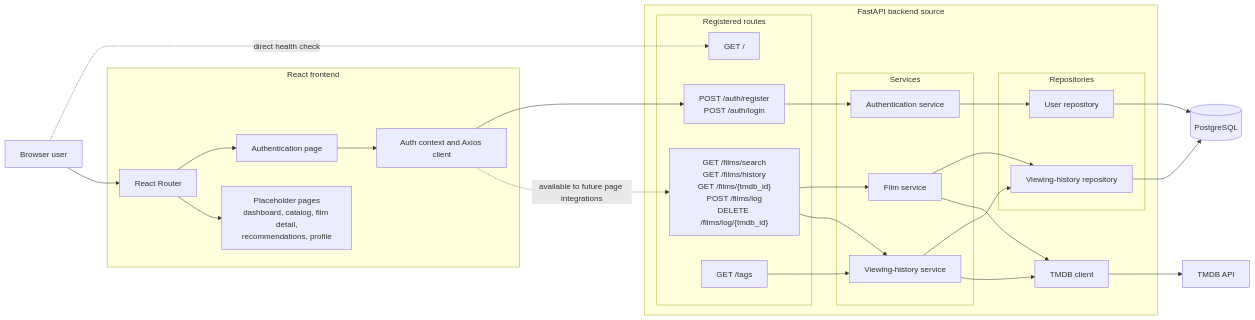
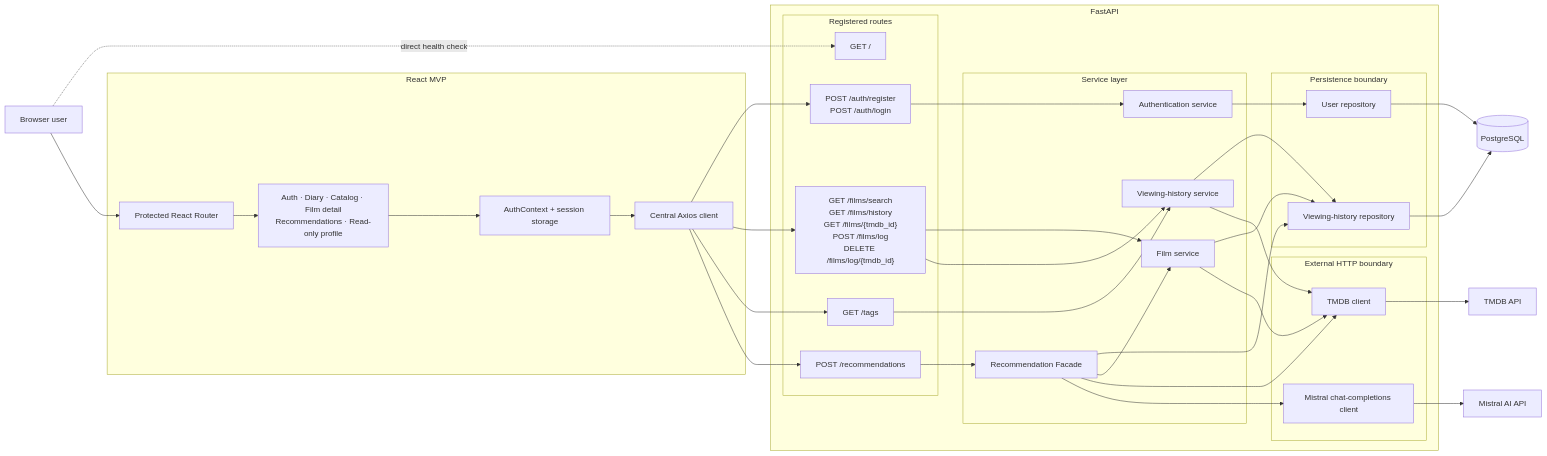
Before and after one commit to zahin-dev/Film-like: the diagram in docs/diagrams/Architecture.md, drawn with Mermaid. The commit also changed other lines of this file and 42 other files, not shown here.

First line of the commit message:
feat: complete ES-backed Film-like recommendation MVP

````diff
--- a/docs/diagrams/Architecture.md
+++ b/docs/diagrams/Architecture.md
@@ -11,56 +7,73 @@
 ```mermaid
 flowchart LR
     User["Browser user"]
 
-    subgraph Frontend["React frontend"]
-        AuthPage["Authentication page"]
-        Router["React Router"]
-        Placeholders["Placeholder pages<br/>dashboard, catalog, film detail,<br/>recommendations, profile"]
-        AuthContext["Auth context and Axios client"]
+    subgraph Frontend["React MVP"]
+        Router["Protected React Router"]
+        Pages["Auth · Diary · Catalog · Film detail<br/>Recommendations · Read-only profile"]
+        AuthContext["AuthContext + session storage"]
+        Axios["Central Axios client"]
     end
 
-    subgraph Backend["FastAPI backend source"]
+    subgraph Backend["FastAPI"]
         subgraph Routes["Registered routes"]
             RootRoute["GET /"]
             AuthRoutes["POST /auth/register<br/>POST /auth/login"]
             FilmRoutes["GET /films/search<br/>GET /films/history<br/>GET /films/{tmdb_id}<br/>POST /films/log<br/>DELETE /films/log/{tmdb_id}"]
             TagRoutes["GET /tags"]
+            RecommendationRoute["POST /recommendations"]
         end
 
-        subgraph Services["Services"]
+        subgraph Services["Service layer"]
             AuthService["Authentication service"]
             FilmService["Film service"]
             HistoryService["Viewing-history service"]
+            RecommendationFacade["Recommendation Facade"]
         end
 
-        subgraph Repositories["Repositories"]
+        subgraph Persistence["Persistence boundary"]
             UserRepository["User repository"]
             HistoryRepository["Viewing-history repository"]
         end
 
-        TMDBClient["TMDB client"]
+        subgraph ExternalClients["External HTTP boundary"]
+            TMDBClient["TMDB client"]
+            MistralClient["Mistral chat-completions client"]
+        end
     end
 
     PostgreSQL[("PostgreSQL")]
     TMDB["TMDB API"]
+    Mistral["Mistral AI API"]
 
     User -. "direct health check" .-> RootRoute
     User --> Router
-    Router --> AuthPage
-    Router --> Placeholders
-    AuthPage --> AuthContext
-    AuthContext --> AuthRoutes
-    AuthContext -. "available to future page integrations" .-> FilmRoutes
+    Router --> Pages
+    Pages --> AuthContext
+    AuthContext --> Axios
+    Axios --> AuthRoutes
+    Axios --> FilmRoutes
+    Axios --> TagRoutes
+    Axios --> RecommendationRoute
+
     AuthRoutes --> AuthService
     FilmRoutes --> FilmService
     FilmRoutes --> HistoryService
     TagRoutes --> HistoryService
+    RecommendationRoute --> RecommendationFacade
+
     AuthService --> UserRepository
+    FilmService --> HistoryRepository
     HistoryService --> HistoryRepository
-    FilmService --> HistoryRepository
+    RecommendationFacade --> HistoryRepository
     FilmService --> TMDBClient
     HistoryService --> TMDBClient
+    RecommendationFacade --> FilmService
+    RecommendationFacade --> TMDBClient
+    RecommendationFacade --> MistralClient
+
     UserRepository --> PostgreSQL
     HistoryRepository --> PostgreSQL
     TMDBClient --> TMDB
+    MistralClient --> Mistral
 ```
````
